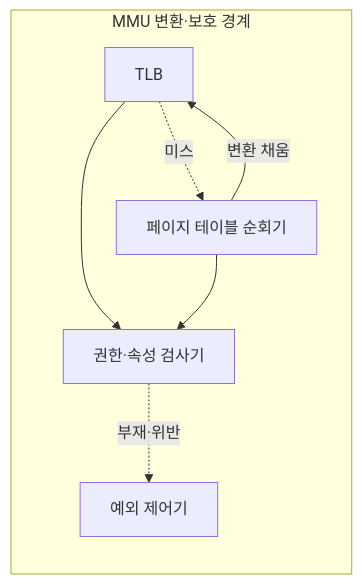
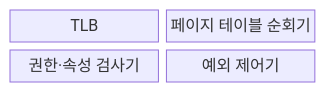
One commit to agnusdei1207/knowledge-base changed the first of 2 diagrams in src/content/docs/notes/02-hardware/020_mmu.md. Above: the diagram before and after it, drawn with Mermaid. The commit also changed other lines of this file and 20 other files, not shown here.

````diff
--- a/src/content/docs/notes/02-hardware/020_mmu.md
+++ b/src/content/docs/notes/02-hardware/020_mmu.md
@@ -69,10 +67,8 @@
 ```mermaid
-flowchart LR
-    subgraph MMU["MMU 변환·보호 경계"]
-        T["TLB"] -. "미스" .-> W["페이지 테이블 순회기"]
-        W -->|변환 채움| T
-        T --> P["권한·속성 검사기"]
-        W --> P
-        P -. "부재·위반" .-> E["예외 제어기"]
-    end
+block
+    columns 2
+    T["TLB"]
+    W["페이지 테이블 순회기"]
+    P["권한·속성 검사기"]
+    E["예외 제어기"]
 ```
````
